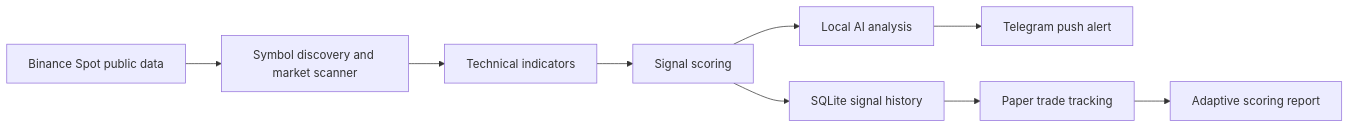
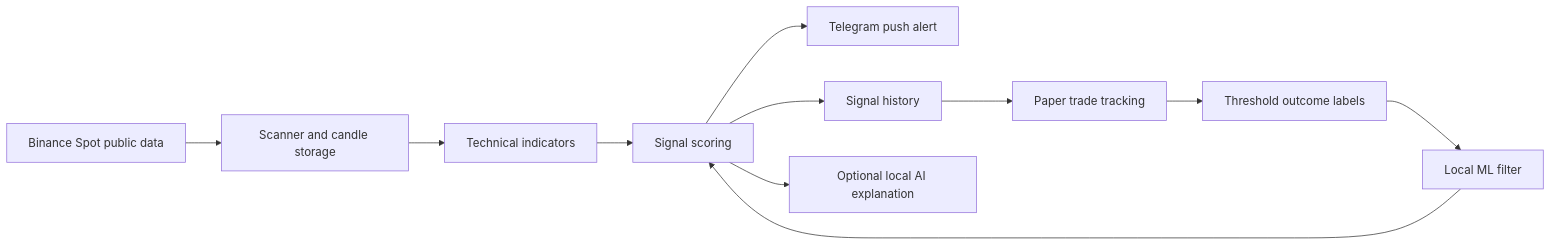
One commit to Gxmi2006/CryptoRadar changed the diagram in README.md. Above: the diagram before and after it, drawn with Mermaid. The commit also changed other lines of this file, not shown here.

````diff
--- a/README.md
+++ b/README.md
@@ -59,11 +77,13 @@
 ```mermaid
 flowchart LR
-    A["Binance Spot public data"] --> B["Symbol discovery and market scanner"]
+    A["Binance Spot public data"] --> B["Scanner and candle storage"]
     B --> C["Technical indicators"]
     C --> D["Signal scoring"]
-    D --> E["Local AI analysis"]
-    E --> F["Telegram push alert"]
-    D --> G["SQLite signal history"]
-    G --> H["Paper trade tracking"]
-    H --> I["Adaptive scoring report"]
+    D --> E["Telegram push alert"]
+    D --> F["Signal history"]
+    F --> G["Paper trade tracking"]
+    G --> H["Threshold outcome labels"]
+    H --> I["Local ML filter"]
+    I --> D
+    D --> J["Optional local AI explanation"]
 ```
````
